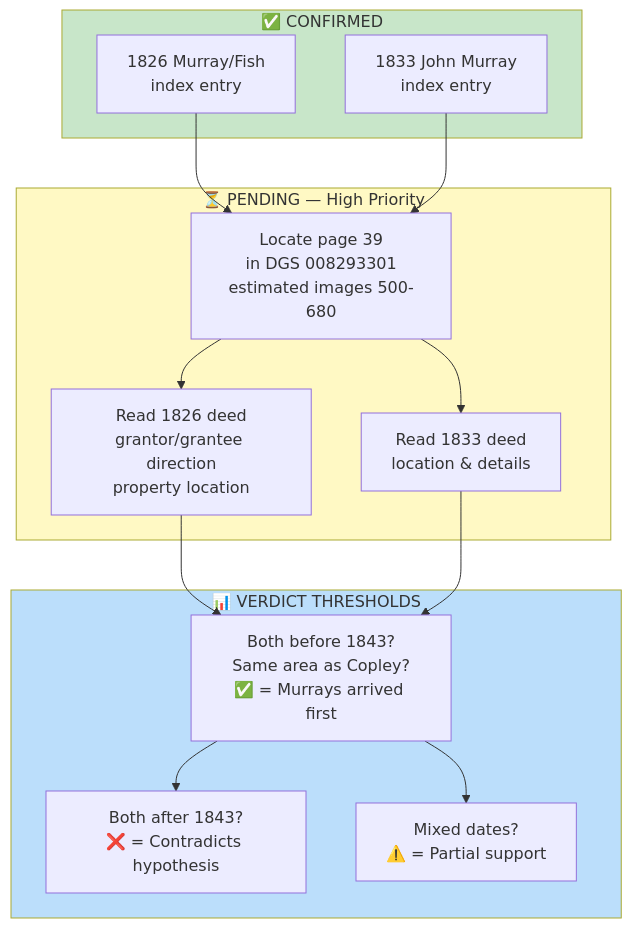
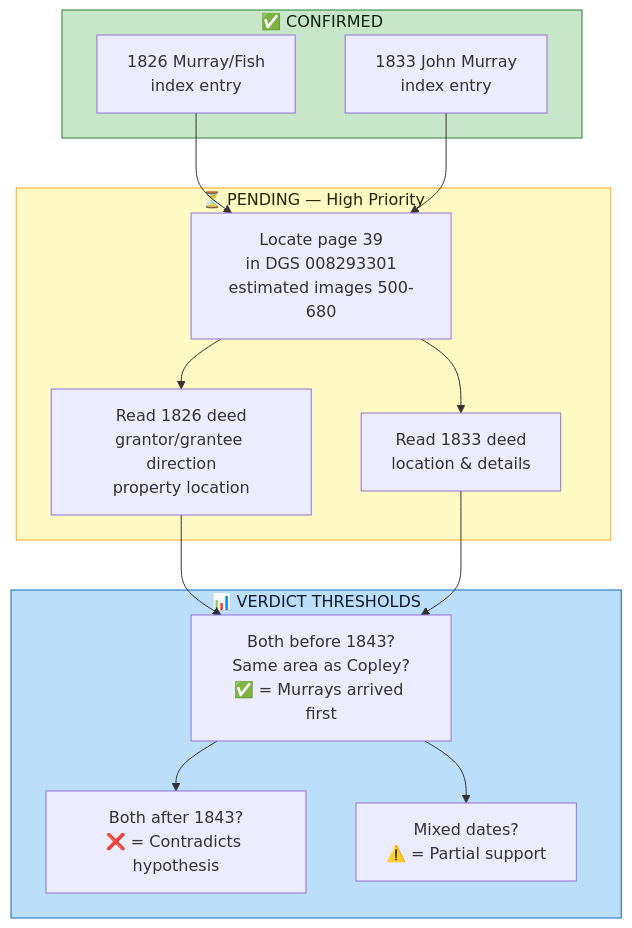
Before and after one commit to zcopley/copley-family-research: the diagram in RQ-M1-LEWIS-COUNTY-DEED-SEARCH.md, drawn with Mermaid. The commit also changed other lines of this file and 9 other files, not shown here.

````diff
--- a/RQ-M1-LEWIS-COUNTY-DEED-SEARCH.md
+++ b/RQ-M1-LEWIS-COUNTY-DEED-SEARCH.md
@@ -132,33 +132,33 @@
 ```mermaid
 graph TB
     subgraph CONFIRMED["✅ CONFIRMED"]
         C1["1826 Murray/Fish<br/>index entry"]
         C2["1833 John Murray<br/>index entry"]
     end
     
     subgraph PENDING["⏳ PENDING — High Priority"]
         P1["Locate page 39<br/>in DGS 008293301<br/>estimated images 500-680"]
         P2["Read 1826 deed<br/>grantor/grantee direction<br/>property location"]
         P3["Read 1833 deed<br/>location & details"]
     end
     
     subgraph VERDICT["📊 VERDICT THRESHOLDS"]
         V1["Both before 1843?<br/>Same area as Copley?<br/>✅ = Murrays arrived first"]
         V2["Both after 1843?<br/>❌ = Contradicts hypothesis"]
         V3["Mixed dates?<br/>⚠️ = Partial support"]
     end
     
     C1 --> P1
     C2 --> P1
     P1 --> P2
     P1 --> P3
     
     P2 --> V1
     P3 --> V1
     V1 --> V2
     V1 --> V3
     
-    style CONFIRMED fill:#c8e6c9
-    style PENDING fill:#fff9c4
-    style VERDICT fill:#bbdefb
+    style CONFIRMED fill:#c8e6c9,stroke:#2e7d32,color:#102411
+    style PENDING fill:#fff9c4,stroke:#f9a825,color:#2a2100
+    style VERDICT fill:#bbdefb,stroke:#1565c0,color:#0d1b2a
 ```
````
